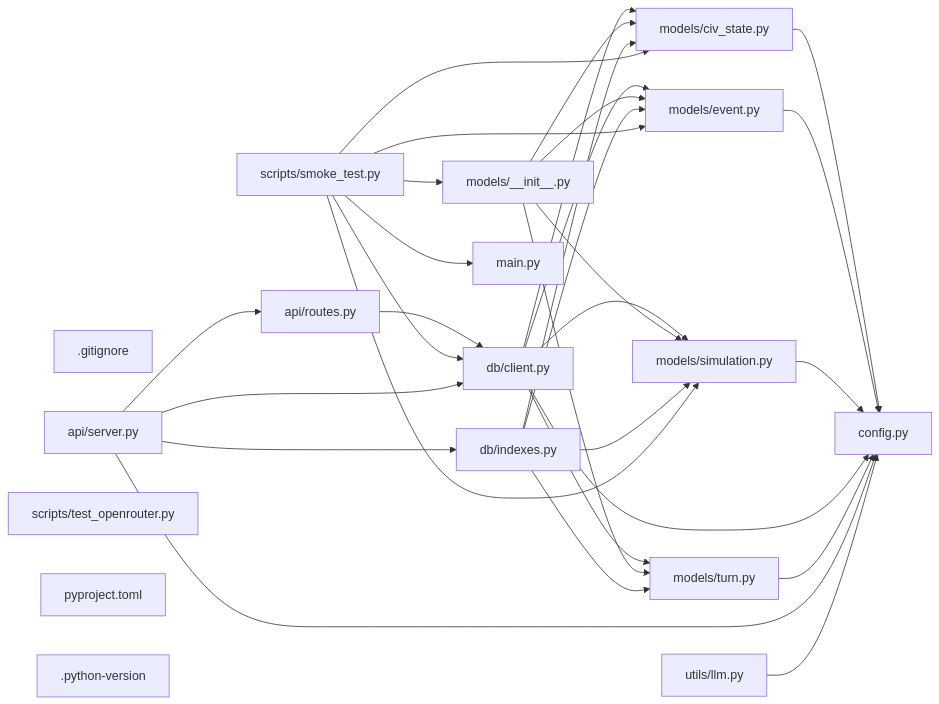
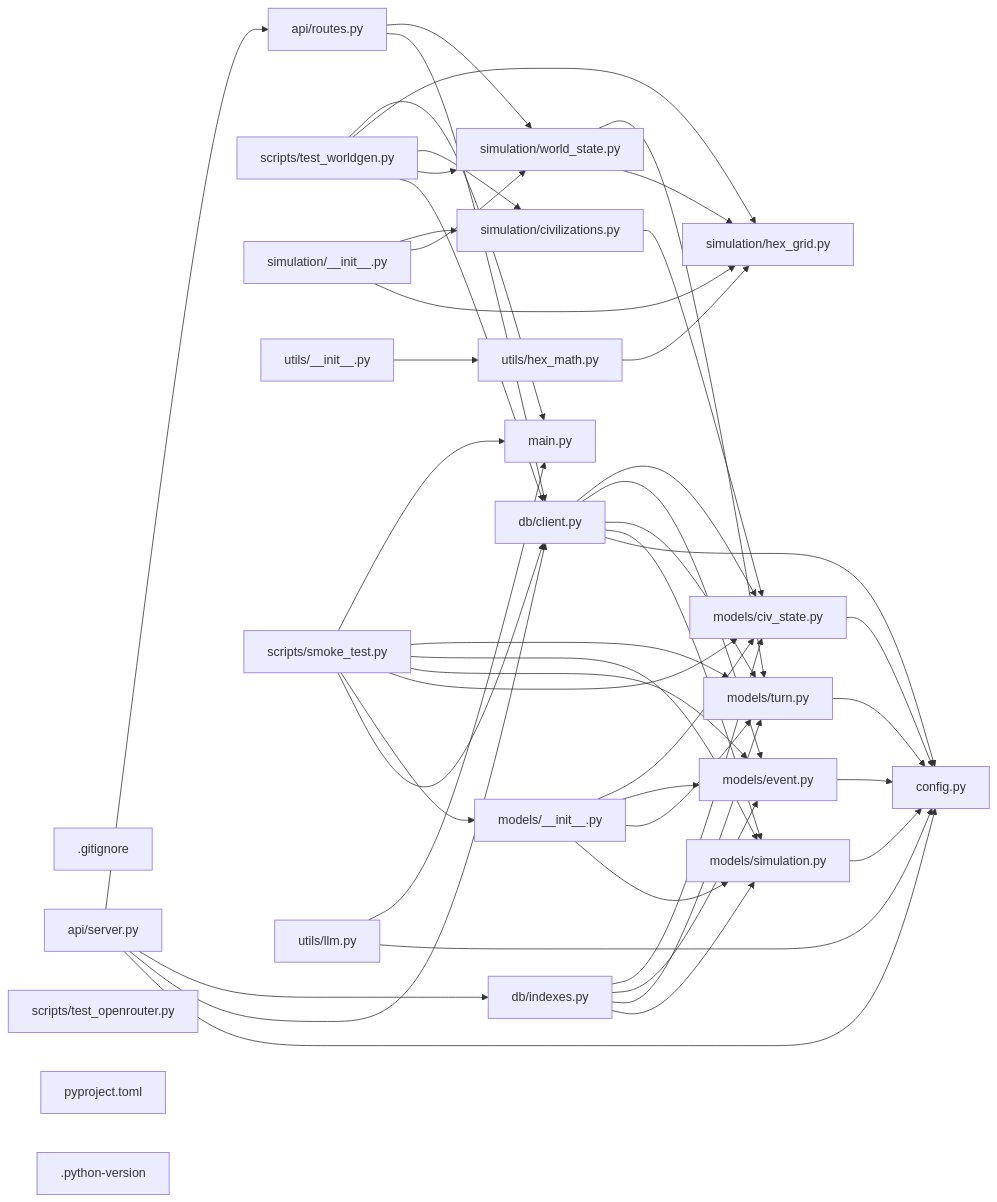
One commit to madhavv-xd/civilex changed the diagram in backend/CONTEXT.md. Above: the diagram before and after it, drawn with Mermaid. The commit also changed other lines of this file and 4 other files, not shown here.

````diff
--- a/backend/CONTEXT.md
+++ b/backend/CONTEXT.md
@@ -123,49 +249,72 @@
 ```mermaid
 graph LR
     f0["config.py"]
-    f1[".gitignore"]
-    f2["models/civ_state.py"]
-    f3["models/event.py"]
-    f4["models/simulation.py"]
-    f5["db/client.py"]
-    f6["models/turn.py"]
-    f7["models/__init__.py"]
-    f8["db/indexes.py"]
-    f9["api/routes.py"]
-    f10["main.py"]
-    f11["scripts/smoke_test.py"]
-    f12["api/server.py"]
-    f13["utils/llm.py"]
-    f14["scripts/test_openrouter.py"]
-    f15["pyproject.toml"]
-    f16[".python-version"]
+    f1["models/civ_state.py"]
+    f2["models/turn.py"]
+    f3["simulation/hex_grid.py"]
+    f4["db/client.py"]
+    f5["models/event.py"]
+    f6["models/simulation.py"]
+    f7["simulation/world_state.py"]
+    f8["main.py"]
+    f9[".gitignore"]
+    f10["simulation/civilizations.py"]
+    f11["api/routes.py"]
+    f12["utils/hex_math.py"]
+    f13["scripts/test_worldgen.py"]
+    f14["models/__init__.py"]
+    f15["db/indexes.py"]
+    f16["simulation/__init__.py"]
+    f17["utils/__init__.py"]
+    f18["scripts/smoke_test.py"]
+    f19["utils/llm.py"]
+    f20["api/server.py"]
+    f21["scripts/test_openrouter.py"]
+    f22["pyproject.toml"]
+    f23[".python-version"]
+    f1 --> f0
     f2 --> f0
-    f3 --> f0
+    f4 --> f1
+    f4 --> f5
+    f4 --> f2
+    f4 --> f6
     f4 --> f0
-    f5 --> f2
-    f5 --> f3
-    f5 --> f6
-    f5 --> f4
     f5 --> f0
     f6 --> f0
     f7 --> f2
     f7 --> f3
-    f7 --> f6
-    f7 --> f4
-    f8 --> f2
-    f8 --> f3
-    f8 --> f6
-    f8 --> f4
-    f9 --> f5
-    f11 --> f10
+    f10 --> f1
+    f11 --> f7
     f11 --> f4
-    f11 --> f3
-    f11 --> f2
-    f11 --> f7
-    f11 --> f5
-    f12 --> f9
-    f12 --> f8
-    f12 --> f5
-    f12 --> f0
-    f13 --> f0
+    f12 --> f3
+    f13 --> f8
+    f13 --> f3
+    f13 --> f10
+    f13 --> f7
+    f13 --> f4
+    f14 --> f1
+    f14 --> f5
+    f14 --> f2
+    f14 --> f6
+    f15 --> f1
+    f15 --> f5
+    f15 --> f2
+    f15 --> f6
+    f16 --> f10
+    f16 --> f7
+    f16 --> f3
+    f17 --> f12
+    f18 --> f8
+    f18 --> f2
+    f18 --> f6
+    f18 --> f5
+    f18 --> f1
+    f18 --> f14
+    f18 --> f4
+    f19 --> f8
+    f19 --> f0
+    f20 --> f11
+    f20 --> f15
+    f20 --> f4
+    f20 --> f0
 ```
````
